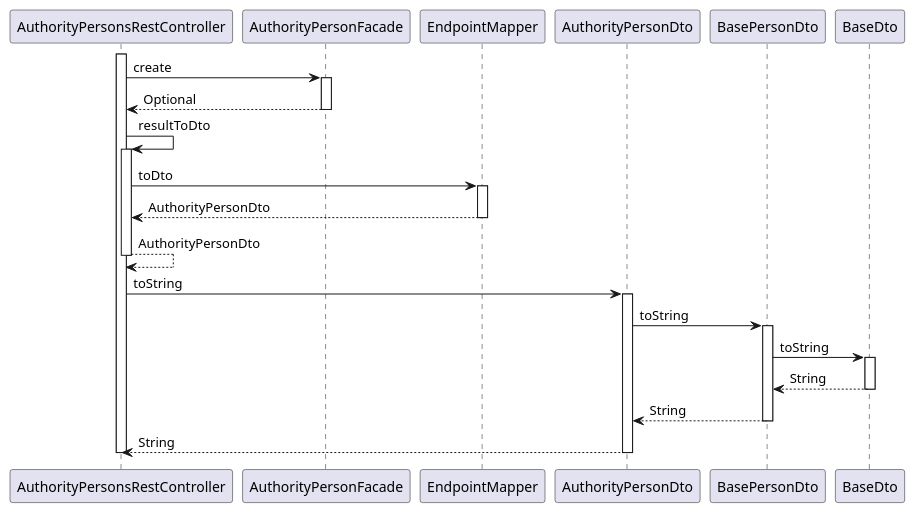
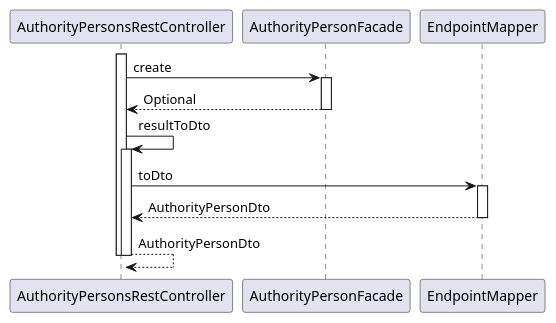
Before and after one commit to OlegSopilnyak/school-demo: the diagram in ingress/documentation/puml/sequence-diagrams/Organization.AuthorityPerson.createPerson.puml, drawn with PlantUML. The commit also changed 4 other files, not shown here.

Commit message:
Added asciidoctor file for uml rendering (working version)

```diff
--- a/ingress/documentation/puml/sequence-diagrams/Organization.AuthorityPerson.createPerson.puml
+++ b/ingress/documentation/puml/sequence-diagrams/Organization.AuthorityPerson.createPerson.puml
@@ -3,37 +3,22 @@
 @startuml
 
 participant AuthorityPersonsRestController
 participant AuthorityPersonFacade
 participant EndpointMapper
-participant AuthorityPersonDto
-participant BasePersonDto
-participant BaseDto
 
 activate AuthorityPersonsRestController
 	AuthorityPersonsRestController -> AuthorityPersonFacade : create
 	activate AuthorityPersonFacade
 		AuthorityPersonFacade --> AuthorityPersonsRestController : Optional
 	deactivate AuthorityPersonFacade
 	AuthorityPersonsRestController -> AuthorityPersonsRestController : resultToDto
 	activate AuthorityPersonsRestController
 		AuthorityPersonsRestController -> EndpointMapper : toDto
 		activate EndpointMapper
 			EndpointMapper --> AuthorityPersonsRestController : AuthorityPersonDto
 		deactivate EndpointMapper
 		AuthorityPersonsRestController --> AuthorityPersonsRestController : AuthorityPersonDto
 	deactivate AuthorityPersonsRestController
-	AuthorityPersonsRestController -> AuthorityPersonDto : toString
-	activate AuthorityPersonDto
-		AuthorityPersonDto -> BasePersonDto : toString
-		activate BasePersonDto
-			BasePersonDto -> BaseDto : toString
-			activate BaseDto
-				BaseDto --> BasePersonDto : String
-			deactivate BaseDto
-			BasePersonDto --> AuthorityPersonDto : String
-		deactivate BasePersonDto
-		AuthorityPersonDto --> AuthorityPersonsRestController : String
-	deactivate AuthorityPersonDto
 deactivate AuthorityPersonsRestController
 
 @enduml
```
